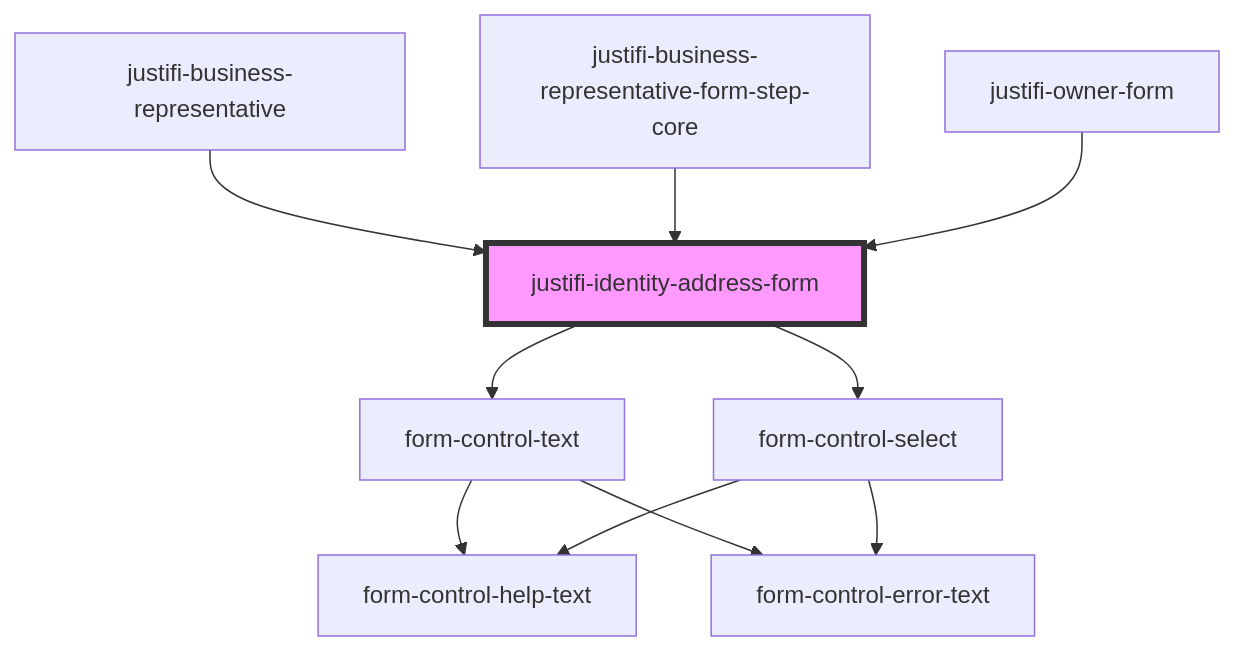
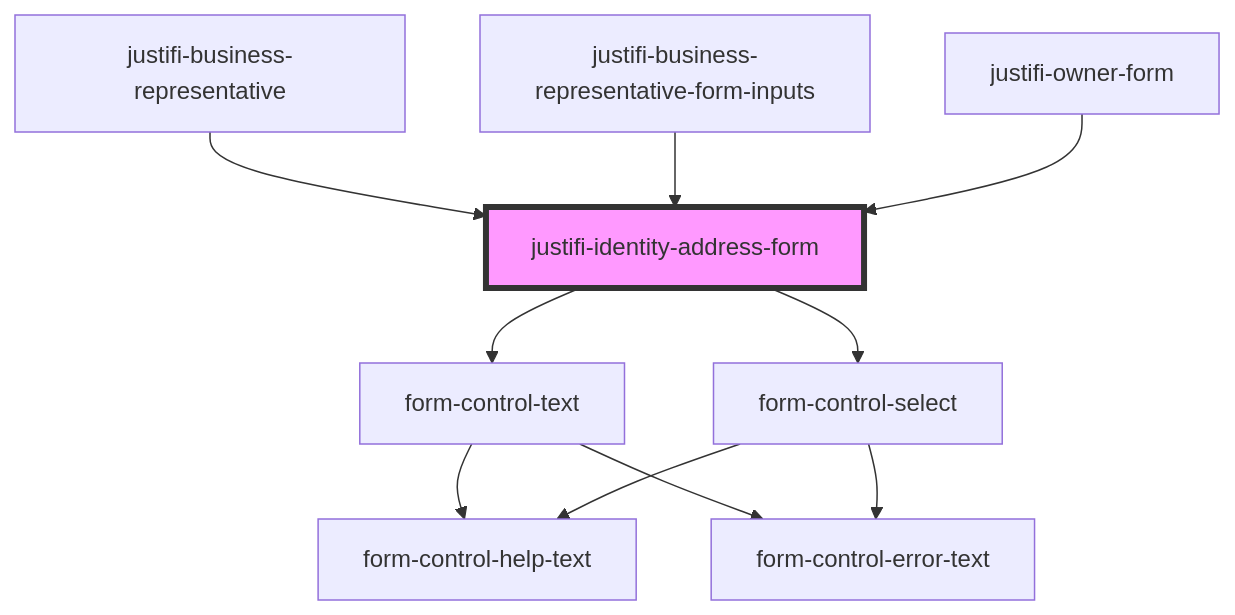
One commit to justifi-tech/web-component-library changed the diagram in packages/webcomponents/src/components/business-forms/owner-form/identity-address/readme.md. Above: the diagram before and after it, drawn with Mermaid. The commit also changed other lines of this file and 4 other files, not shown here.

````diff
--- a/packages/webcomponents/src/components/business-forms/owner-form/identity-address/readme.md
+++ b/packages/webcomponents/src/components/business-forms/owner-form/identity-address/readme.md
@@ -31,13 +31,13 @@
 ```mermaid
 graph TD;
   justifi-identity-address-form --> form-control-text
   justifi-identity-address-form --> form-control-select
   form-control-text --> form-control-help-text
   form-control-text --> form-control-error-text
   form-control-select --> form-control-help-text
   form-control-select --> form-control-error-text
   justifi-business-representative --> justifi-identity-address-form
-  justifi-business-representative-form-step-core --> justifi-identity-address-form
+  justifi-business-representative-form-inputs --> justifi-identity-address-form
   justifi-owner-form --> justifi-identity-address-form
   style justifi-identity-address-form fill:#f9f,stroke:#333,stroke-width:4px
 ```
````
